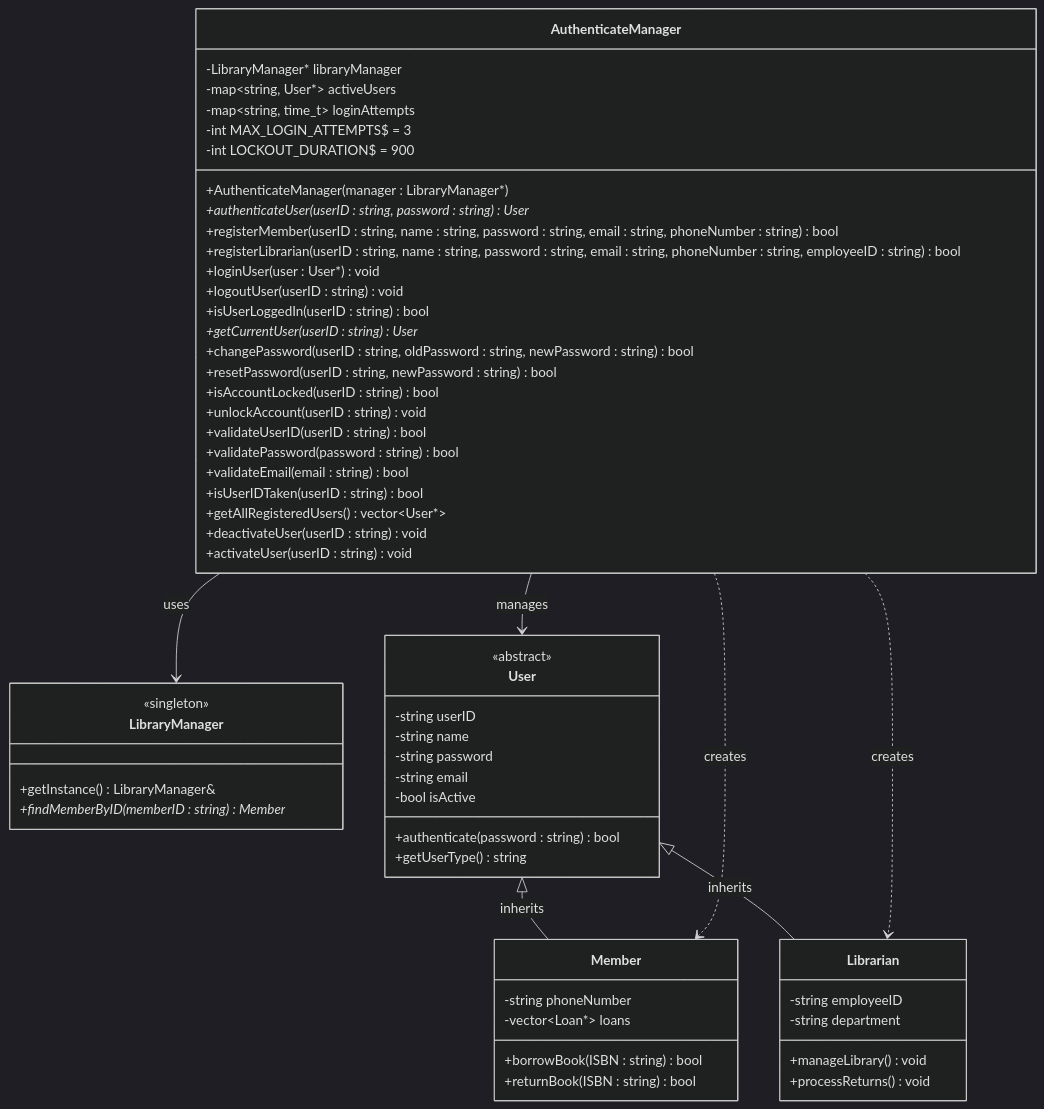
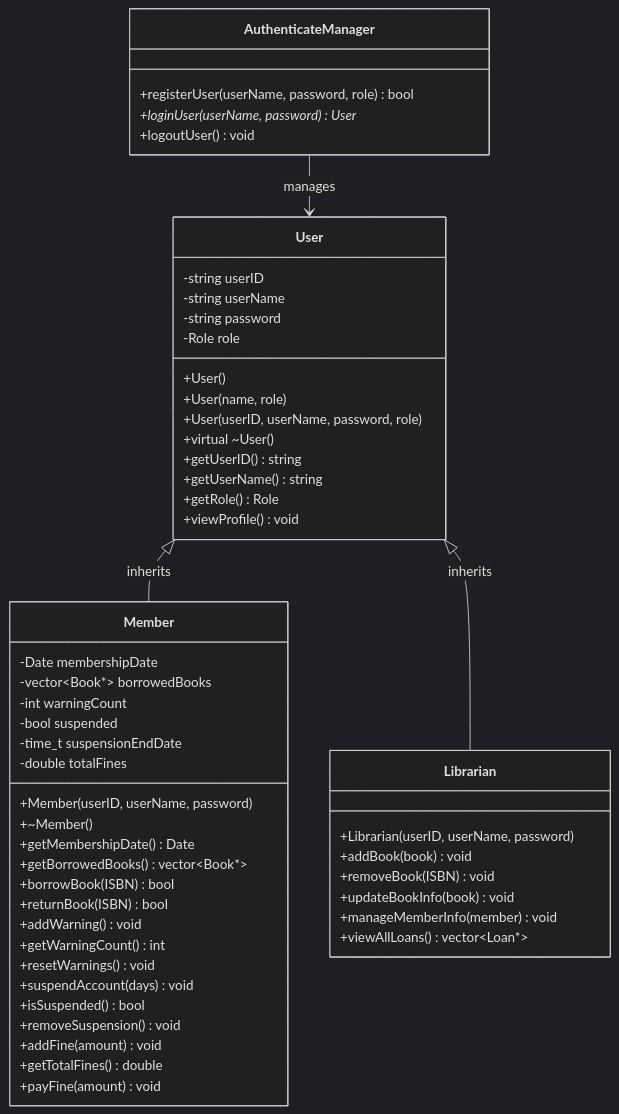
Before and after one commit to DankDaPancake/LibraryManagementSystem: the seventh of 29 diagrams in docs/report.md, drawn with Mermaid (dark theme). The commit also changed other lines of this file and 49 other files, not shown here.

````diff
--- a/docs/report.md
+++ b/docs/report.md
@@ -932,68 +988,61 @@
 ```mermaid
 classDiagram
     class AuthenticateManager {
-        -LibraryManager* libraryManager
-        -map~string, User*~ activeUsers
-        -map~string, time_t~ loginAttempts
-        -int MAX_LOGIN_ATTEMPTS$ = 3
-        -int LOCKOUT_DURATION$ = 900
-        +AuthenticateManager(manager : LibraryManager*)
-        +authenticateUser(userID : string, password : string) User*
-        +registerMember(userID : string, name : string, password : string, email : string, phoneNumber : string) bool
-        +registerLibrarian(userID : string, name : string, password : string, email : string, phoneNumber : string, employeeID : string) bool
-        +loginUser(user : User*) void
-        +logoutUser(userID : string) void
-        +isUserLoggedIn(userID : string) bool
-        +getCurrentUser(userID : string) User*
-        +changePassword(userID : string, oldPassword : string, newPassword : string) bool
-        +resetPassword(userID : string, newPassword : string) bool
-        +isAccountLocked(userID : string) bool
-        +unlockAccount(userID : string) void
-        +validateUserID(userID : string) bool
-        +validatePassword(password : string) bool
-        +validateEmail(email : string) bool
-        +isUserIDTaken(userID : string) bool
-        +getAllRegisteredUsers() vector~User*~
-        +deactivateUser(userID : string) void
-        +activateUser(userID : string) void
-    }
-    
-    class LibraryManager {
-        <<singleton>>
-        +getInstance() LibraryManager&
-        +findMemberByID(memberID : string) Member*
+        +registerUser(userName, password, role) bool
+        +loginUser(userName, password) User*
+        +logoutUser() void
     }
     
     class User {
-        <<abstract>>
         -string userID
-        -string name
+        -string userName
         -string password
-        -string email
-        -bool isActive
-        +authenticate(password : string) bool
-        +getUserType() string
+        -Role role
+        +User()
+        +User(name, role)
+        +User(userID, userName, password, role)
+        +virtual ~User()
+        +getUserID() string
+        +getUserName() string
+        +getRole() Role
+        +viewProfile() void
     }
     
     class Member {
-        -string phoneNumber
-        -vector~Loan*~ loans
-        +borrowBook(ISBN : string) bool
-        +returnBook(ISBN : string) bool
+        -Date membershipDate
+        -vector~Book*~ borrowedBooks
+        -int warningCount
+        -bool suspended
+        -time_t suspensionEndDate
+        -double totalFines
+        +Member(userID, userName, password)
+        +~Member()
+        +getMembershipDate() Date
+        +getBorrowedBooks() vector~Book*~
+        +borrowBook(ISBN) bool
+        +returnBook(ISBN) bool
+        +addWarning() void
+        +getWarningCount() int
+        +resetWarnings() void
+        +suspendAccount(days) void
+        +isSuspended() bool
+        +removeSuspension() void
+        +addFine(amount) void
+        +getTotalFines() double
+        +payFine(amount) void
     }
     
     class Librarian {
-        -string employeeID
-        -string department
-        +manageLibrary() void
-        +processReturns() void
+        +Librarian(userID, userName, password)
+        +addBook(book) void
+        +removeBook(ISBN) void
+        +updateBookInfo(book) void
+        +manageMemberInfo(member) void
+        +viewAllLoans() vector~Loan*~
     }
     
     %% Relationships
-    AuthenticateManager --> LibraryManager : uses
     AuthenticateManager --> User : manages
     User <|-- Member : inherits
     User <|-- Librarian : inherits
-    AuthenticateManager ..> Member : creates
-    AuthenticateManager ..> Librarian : creates
 ```
````
